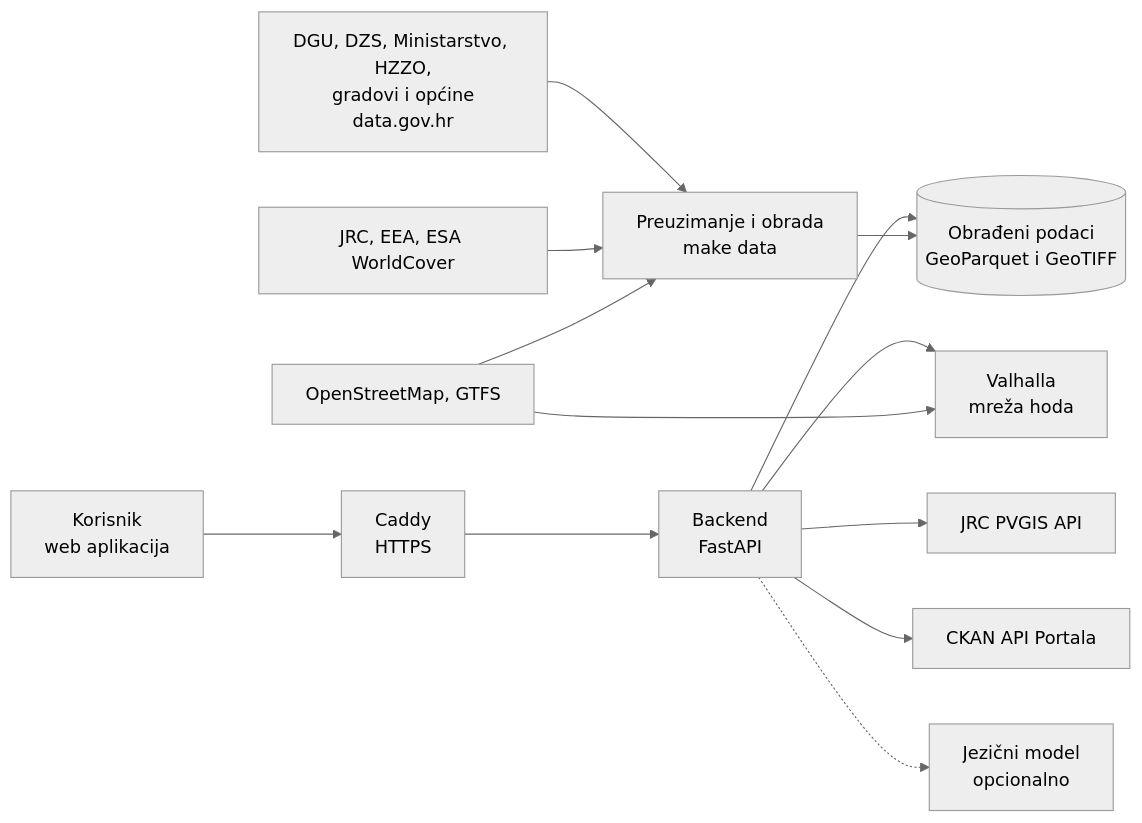
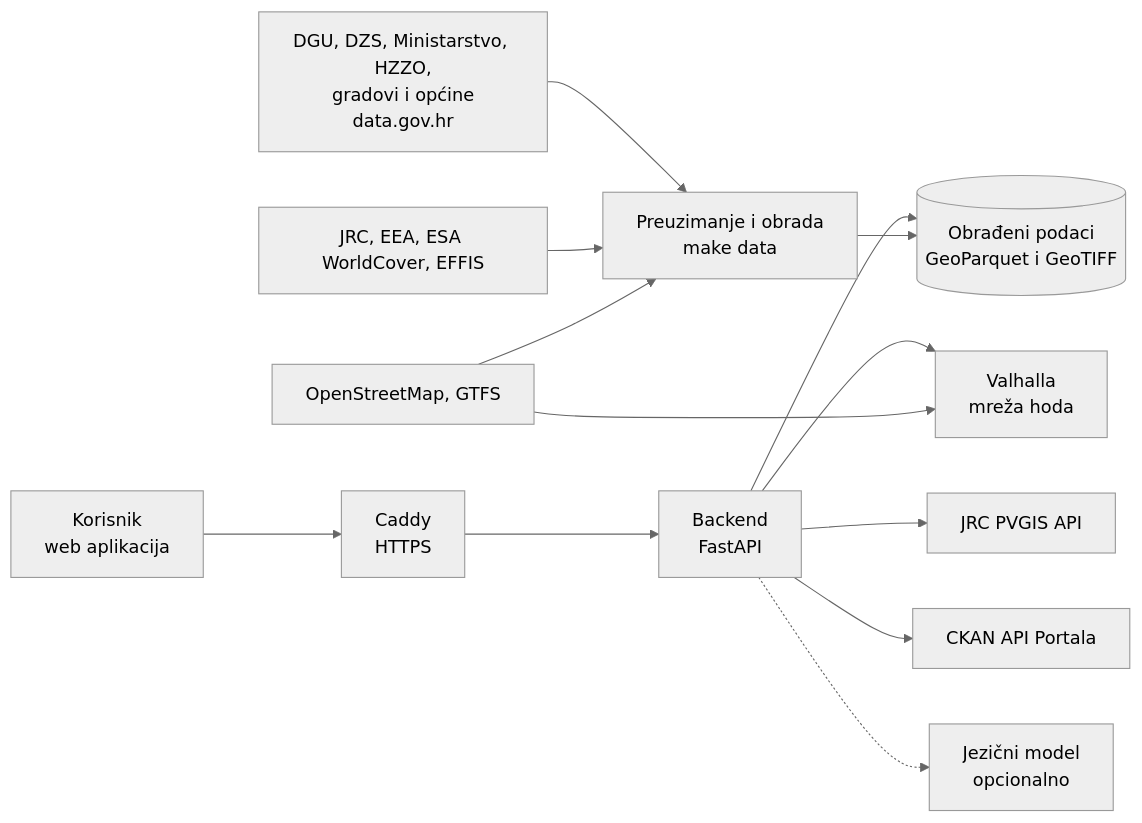
Before and after one commit to dlukas99/datathon_projekt: the diagram in README.md, drawn with Mermaid (neutral theme). The commit also changed other lines of this file and 23 other files, not shown here.

````diff
--- a/README.md
+++ b/README.md
@@ -127,15 +129,15 @@
 ```mermaid
 flowchart LR
   U[Korisnik<br/>web aplikacija] --> C[Caddy<br/>HTTPS]
   C --> API[Backend<br/>FastAPI]
   API --> D[(Obrađeni podaci<br/>GeoParquet i GeoTIFF)]
   API --> V[Valhalla<br/>mreža hoda]
   API --> PV[JRC PVGIS API]
   API --> CK[CKAN API Portala]
   API -.-> LLM[Jezični model<br/>opcionalno]
   J[Preuzimanje i obrada<br/>make data] --> D
   S1[DGU, DZS, Ministarstvo, HZZO,<br/>gradovi i općine<br/>data.gov.hr] --> J
-  S2[JRC, EEA, ESA WorldCover] --> J
+  S2[JRC, EEA, ESA WorldCover, EFFIS] --> J
   S3[OpenStreetMap, GTFS] --> J
   S3 --> V
 ```
````
